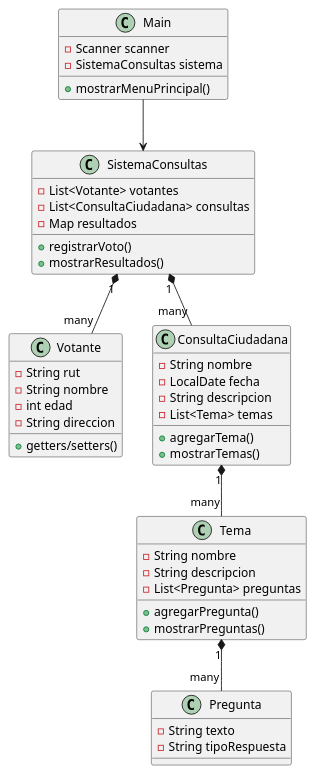
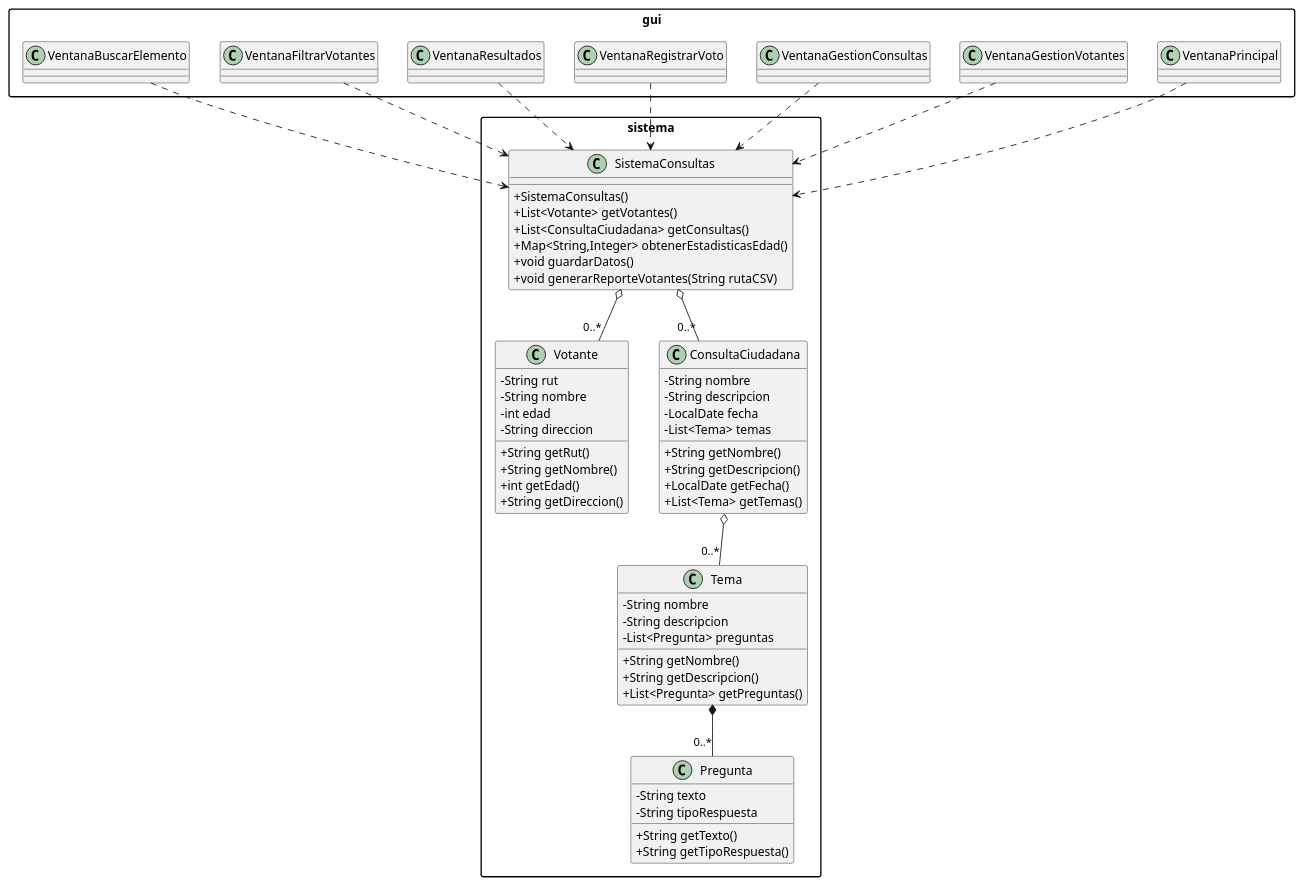
Before and after one commit to bojdrak/proyecto1-progra-avanzada: the diagram in files/uml/modelo.puml, drawn with PlantUML.

Commit message:
arreglo uml

```diff
--- a/files/uml/modelo.puml
+++ b/files/uml/modelo.puml
@@ -1,51 +1,76 @@
 @startuml
-class Votante {
-  - String rut
-  - String nombre
-  - int edad
-  - String direccion
-  + getters/setters()
+skinparam packageStyle rectangle
+skinparam classAttributeIconSize 0
+
+package "sistema" {
+  class SistemaConsultas {
+    +SistemaConsultas()
+    +List<Votante> getVotantes()
+    +List<ConsultaCiudadana> getConsultas()
+    +Map<String,Integer> obtenerEstadisticasEdad()
+    +void guardarDatos()
+    +void generarReporteVotantes(String rutaCSV)
+  }
+
+  class Votante {
+    -String rut
+    -String nombre
+    -int edad
+    -String direccion
+    +String getRut()
+    +String getNombre()
+    +int getEdad()
+    +String getDireccion()
+  }
+
+  class ConsultaCiudadana {
+    -String nombre
+    -String descripcion
+    -LocalDate fecha
+    -List<Tema> temas
+    +String getNombre()
+    +String getDescripcion()
+    +LocalDate getFecha()
+    +List<Tema> getTemas()
+  }
+
+  class Tema {
+    -String nombre
+    -String descripcion
+    -List<Pregunta> preguntas
+    +String getNombre()
+    +String getDescripcion()
+    +List<Pregunta> getPreguntas()
+  }
+
+  class Pregunta {
+    -String texto
+    -String tipoRespuesta
+    +String getTexto()
+    +String getTipoRespuesta()
+  }
+
+  SistemaConsultas o-- "0..*" Votante
+  SistemaConsultas o-- "0..*" ConsultaCiudadana
+  ConsultaCiudadana o-- "0..*" Tema
+  Tema *-- "0..*" Pregunta
 }
 
-class ConsultaCiudadana {
-  - String nombre
-  - LocalDate fecha
-  - String descripcion
-  - List<Tema> temas
-  + agregarTema()
-  + mostrarTemas()
+package "gui" {
+  class VentanaPrincipal
+  class VentanaGestionVotantes
+  class VentanaGestionConsultas
+  class VentanaRegistrarVoto
+  class VentanaResultados
+  class VentanaFiltrarVotantes
+  class VentanaBuscarElemento
 }
 
-class Tema {
-  - String nombre
-  - String descripcion
-  - List<Pregunta> preguntas
-  + agregarPregunta()
-  + mostrarPreguntas()
-}
-
-class Pregunta {
-  - String texto
-  - String tipoRespuesta
-}
-
-class SistemaConsultas {
-  - List<Votante> votantes
-  - List<ConsultaCiudadana> consultas
-  - Map resultados
-  + registrarVoto()
-  + mostrarResultados()
-}
-
-class Main {
-  - Scanner scanner
-  - SistemaConsultas sistema
-  + mostrarMenuPrincipal()
-}
-
-ConsultaCiudadana "1" *-- "many" Tema
-Tema "1" *-- "many" Pregunta
-SistemaConsultas "1" *-- "many" Votante
-SistemaConsultas "1" *-- "many" ConsultaCiudadana
-Main --> SistemaConsultas
+VentanaPrincipal ..> SistemaConsultas
+VentanaGestionVotantes ..> SistemaConsultas
+VentanaGestionConsultas ..> SistemaConsultas
+VentanaRegistrarVoto ..> SistemaConsultas
+VentanaResultados ..> SistemaConsultas
+VentanaFiltrarVotantes ..> SistemaConsultas
+VentanaBuscarElemento ..> SistemaConsultas
 @enduml
```
